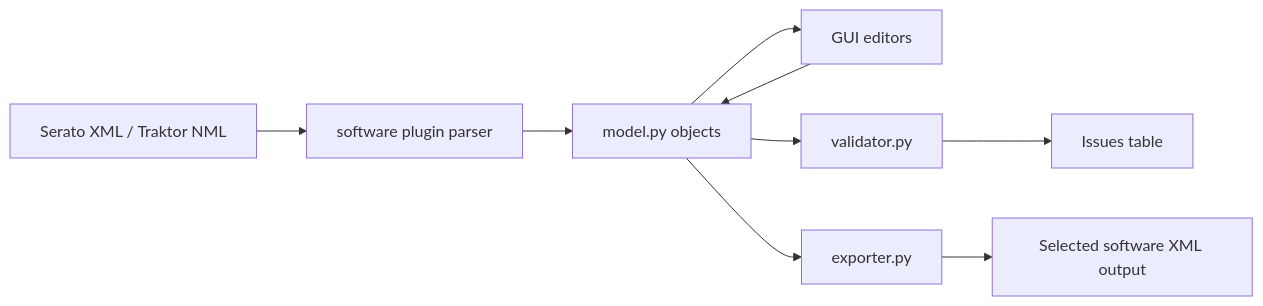
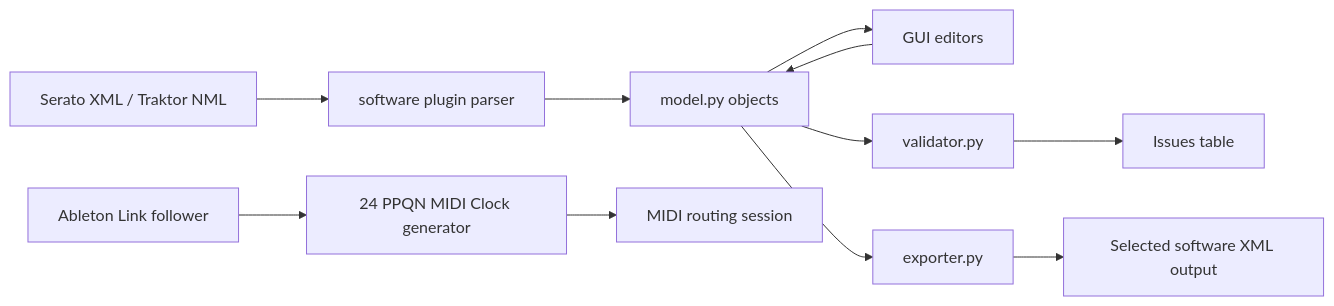
One commit to guillain/DJ-MIDI-Studio changed the first of 2 diagrams in docs/architecture.md. Above: the diagram before and after it, drawn with Mermaid. The commit also changed 7 other files, not shown here.

Commit message:
feat(clock): add direct Ableton Link follower

````diff
--- a/docs/architecture.md
+++ b/docs/architecture.md
@@ -29,11 +29,13 @@
 ```mermaid
 flowchart LR
     A[Serato XML / Traktor NML] --> B[software plugin parser]
     B --> C[model.py objects]
     C --> D[GUI editors]
     C --> E[validator.py]
     D --> C
     E --> F[Issues table]
     C --> G[exporter.py]
     G --> H[Selected software XML output]
+    L[Ableton Link follower] --> M[24 PPQN MIDI Clock generator]
+    M --> R[MIDI routing session]
 ```
````
